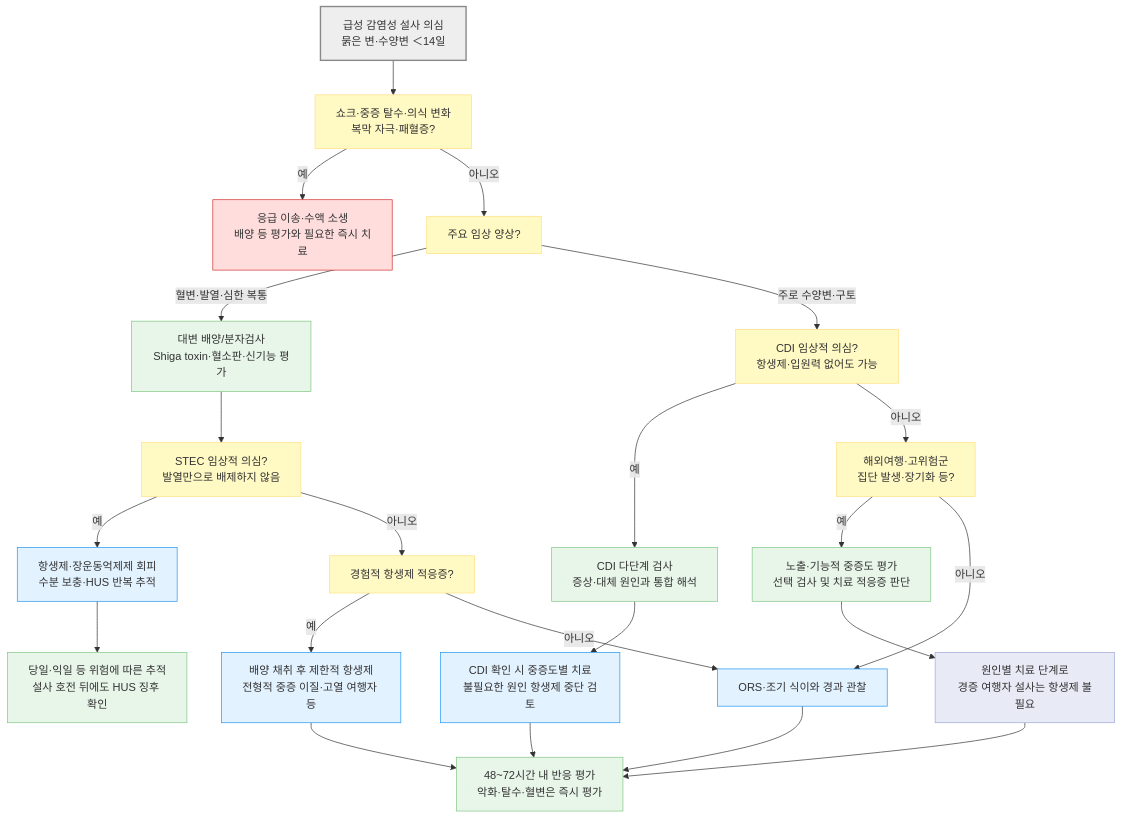
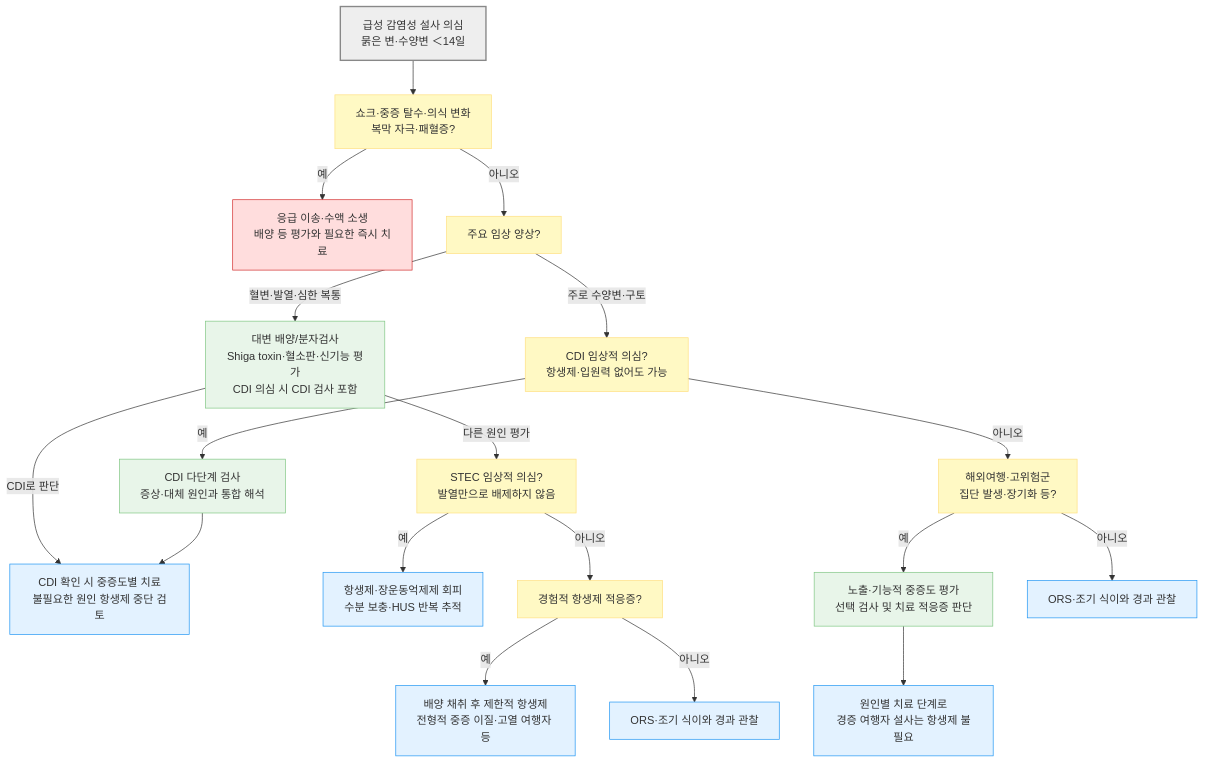
One commit to familyoh77/familyoh77 changed the diagram in 224_/085_-acute-infectious-diarrhea.md. Above: the diagram before and after it, drawn with Mermaid. The commit also changed other lines of this file and 2 other files, not shown here.

````diff
--- a/224_/085_-acute-infectious-diarrhea.md
+++ b/224_/085_-acute-infectious-diarrhea.md
@@ -200,37 +202,31 @@
 ```mermaid
 flowchart TD
     A["급성 감염성 설사 의심<br/>묽은 변·수양변 ＜14일"] --> U["쇼크·중증 탈수·의식 변화<br/>복막 자극·패혈증?"]
     U -- "예" --> E["응급 이송·수액 소생<br/>배양 등 평가와 필요한 즉시 치료"]
     U -- "아니오" --> P["주요 임상 양상?"]
-    P -- "혈변·발열·심한 복통" --> B["대변 배양/분자검사<br/>Shiga toxin·혈소판·신기능 평가"]
-    B --> Q["STEC 임상적 의심?<br/>발열만으로 배제하지 않음"]
+    P -- "혈변·발열·심한 복통" --> B["대변 배양/분자검사<br/>Shiga toxin·혈소판·신기능 평가<br/>CDI 의심 시 CDI 검사 포함"]
+    B -- "CDI로 판단" --> CD
+    B -- "다른 원인 평가" --> Q["STEC 임상적 의심?<br/>발열만으로 배제하지 않음"]
     Q -- "예" --> S["항생제·장운동억제제 회피<br/>수분 보충·HUS 반복 추적"]
     Q -- "아니오" --> I["경험적 항생제 적응증?"]
     I -- "예" --> AB["배양 채취 후 제한적 항생제<br/>전형적 중증 이질·고열 여행자 등"]
-    I -- "아니오" --> W["ORS·조기 식이와 경과 관찰"]
+    I -- "아니오" --> W1["ORS·조기 식이와 경과 관찰"]
     P -- "주로 수양변·구토" --> C["CDI 임상적 의심?<br/>항생제·입원력 없어도 가능"]
     C -- "예" --> CT["CDI 다단계 검사<br/>증상·대체 원인과 통합 해석"]
     CT --> CD["CDI 확인 시 중증도별 치료<br/>불필요한 원인 항생제 중단 검토"]
     C -- "아니오" --> T["해외여행·고위험군<br/>집단 발생·장기화 등?"]
     T -- "예" --> X["노출·기능적 중증도 평가<br/>선택 검사 및 치료 적응증 판단"]
     X --> N["원인별 치료 단계로<br/>경증 여행자 설사는 항생제 불필요"]
-    T -- "아니오" --> W
-    AB --> F["48~72시간 내 반응 평가<br/>악화·탈수·혈변은 즉시 평가"]
-    CD --> F
-    N --> F
-    W --> F
-    S --> H["당일·익일 등 위험에 따른 추적<br/>설사 호전 뒤에도 HUS 징후 확인"]
+    T -- "아니오" --> W2["ORS·조기 식이와 경과 관찰"]
 
     classDef neutral fill:#eeeeee,stroke:#888888,stroke-width:2px
     classDef question fill:#fff9c4,stroke:#ffe082
     classDef test fill:#e8f5e9,stroke:#81c784
     classDef treatment fill:#e3f2ff,stroke:#2196f3
     classDef emergency fill:#ffdddd,stroke:#d32f2f
-    classDef next fill:#e8eaf6,stroke:#9fa8da
     class A neutral
     class U,P,Q,I,C,T question
-    class B,CT,X,F,H test
-    class S,AB,CD,W treatment
+    class B,CT,X test
+    class S,AB,CD,W1,W2,N treatment
     class E emergency
-    class N next
 ```
````
